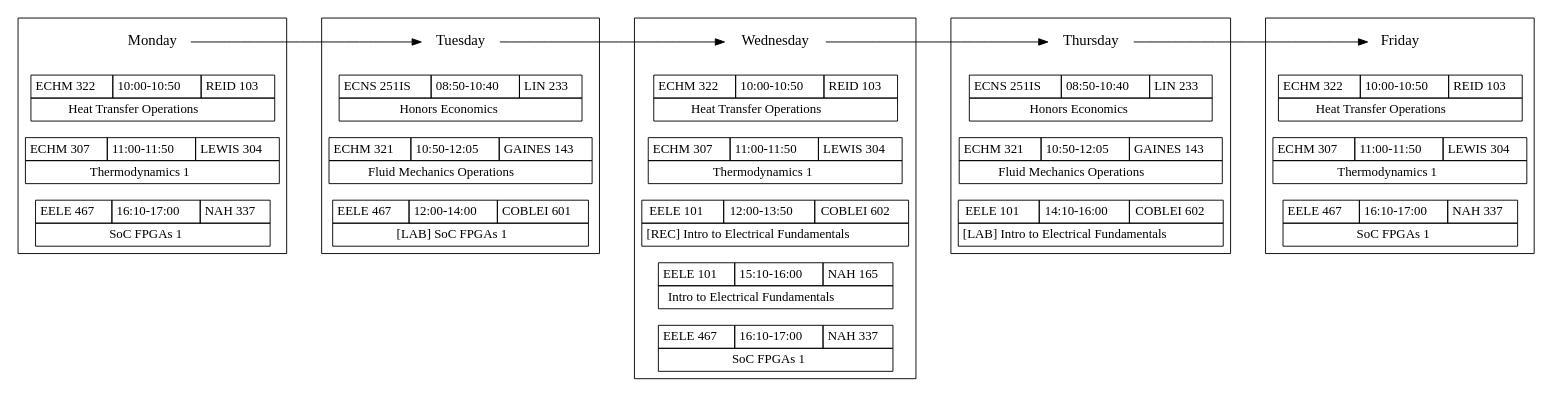
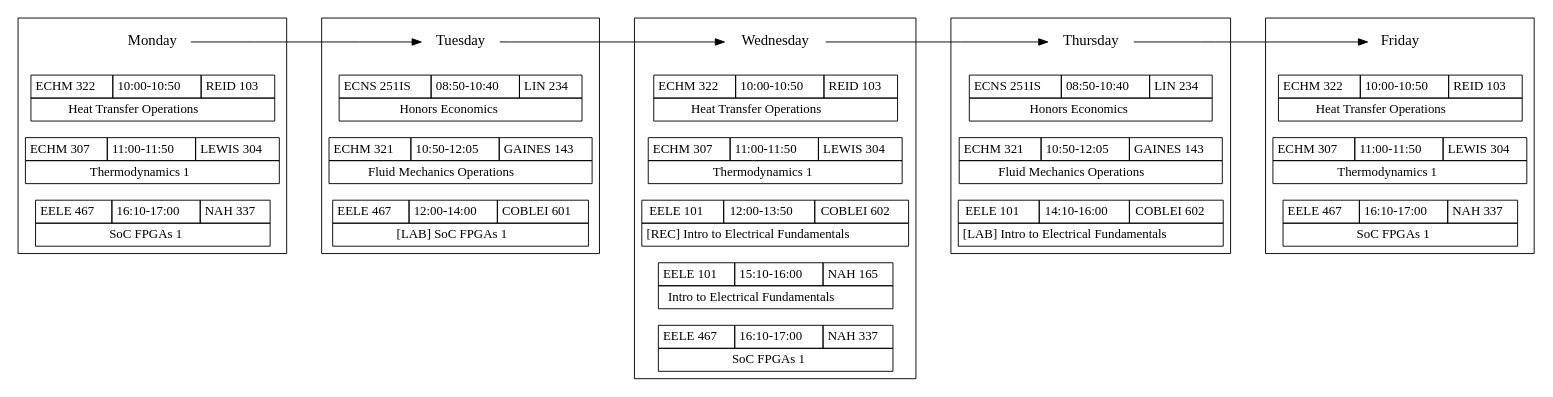
Before and after one commit to w-culhane/schedule-flowchart: the diagram in schedule_3-junior-sem-1-fall.gv, drawn with Graphviz.

Commit message:
Update economics location

```diff
--- a/schedule_3-junior-sem-1-fall.gv
+++ b/schedule_3-junior-sem-1-fall.gv
@@ -1,198 +1,198 @@
 digraph schedule {
     ranksep=.75; rankdir=LR; splines=false;
 
     {node [shape=plaintext,fontsize=16];
         "Monday" -> "Tuesday" -> "Wednesday" -> "Thursday"
         -> "Friday";
     }
 
     {node [shape=none, margin=0]
         subgraph clustermonday { rank = same; "Monday"; "ECHM322-m"; "ECHM307-m"; "EELE467-m"; }
     }
 
     "ECHM322-m" [label=<
     <TABLE BORDER="0" CELLBORDER="1" CELLSPACING="0" CELLPADDING="4">
     <TR>
     <TD>ECHM 322</TD>
     <TD>10:00-10:50</TD>
     <TD>REID 103</TD>
     </TR>
     <TR><TD COLSPAN="3">Heat Transfer Operations</TD></TR>
     </TABLE>>];
 
     "ECHM307-m" [label=<
     <TABLE BORDER="0" CELLBORDER="1" CELLSPACING="0" CELLPADDING="4">
     <TR>
     <TD>ECHM 307</TD>
     <TD>11:00-11:50</TD>
     <TD>LEWIS 304</TD>
     </TR>
     <TR><TD COLSPAN="3">Thermodynamics 1</TD></TR>
     </TABLE>>];
 
     "EELE467-m" [label=<
     <TABLE BORDER="0" CELLBORDER="1" CELLSPACING="0" CELLPADDING="4">
     <TR>
     <TD>EELE 467</TD>
     <TD>16:10-17:00</TD>
     <TD>NAH 337</TD>
     </TR>
     <TR><TD COLSPAN="3">SoC FPGAs 1</TD></TR>
     </TABLE>>];
 
     {node [shape=none, margin=0]
         subgraph clustertuesday { rank = same; "Tuesday"; "ECNS251IS-t"; "ECHM321-t"; "EELE467-t-lab"}
     }
 
     "ECNS251IS-t" [label=<
     <TABLE BORDER="0" CELLBORDER="1" CELLSPACING="0" CELLPADDING="4">
     <TR>
     <TD>ECNS 251IS</TD>
     <TD>08:50-10:40</TD>
-    <TD>LIN 233</TD>
+    <TD>LIN 234</TD>
     </TR>
     <TR><TD COLSPAN="3">Honors Economics</TD></TR>
     </TABLE>>];
 
     "ECHM321-t" [label=<
     <TABLE BORDER="0" CELLBORDER="1" CELLSPACING="0" CELLPADDING="4">
     <TR>
     <TD>ECHM 321</TD>
     <TD>10:50-12:05</TD>
     <TD>GAINES 143</TD>
     </TR>
     <TR><TD COLSPAN="3">Fluid Mechanics Operations</TD></TR>
     </TABLE>>];
 
     "EELE467-t-lab" [label=<
     <TABLE BORDER="0" CELLBORDER="1" CELLSPACING="0" CELLPADDING="4">
     <TR>
     <TD>EELE 467</TD>
     <TD>12:00-14:00</TD>
     <TD>COBLEI 601</TD>
     </TR>
     <TR><TD COLSPAN="3">[LAB] SoC FPGAs 1</TD></TR>
     </TABLE>>];
 
     {node [shape=none, margin=0]
         subgraph clusterwednesday { rank = same; "Wednesday"; "ECHM322-w"; "ECHM307-w"; "EELE101-w-rec"; "EELE101-w"; "EELE467-w"; }
     }
 
     "ECHM322-w" [label=<
     <TABLE BORDER="0" CELLBORDER="1" CELLSPACING="0" CELLPADDING="4">
     <TR>
     <TD>ECHM 322</TD>
     <TD>10:00-10:50</TD>
     <TD>REID 103</TD>
     </TR>
     <TR><TD COLSPAN="3">Heat Transfer Operations</TD></TR>
     </TABLE>>];
 
     "ECHM307-w" [label=<
     <TABLE BORDER="0" CELLBORDER="1" CELLSPACING="0" CELLPADDING="4">
     <TR>
     <TD>ECHM 307</TD>
     <TD>11:00-11:50</TD>
     <TD>LEWIS 304</TD>
     </TR>
     <TR><TD COLSPAN="3">Thermodynamics 1</TD></TR>
     </TABLE>>];
 
     "EELE101-w-rec" [label=<
     <TABLE BORDER="0" CELLBORDER="1" CELLSPACING="0" CELLPADDING="4">
     <TR>
     <TD>EELE 101</TD>
     <TD>12:00-13:50</TD>
     <TD>COBLEI 602</TD>
     </TR>
     <TR><TD COLSPAN="3">[REC] Intro to Electrical Fundamentals</TD></TR>
     </TABLE>>];
 
     "EELE101-w" [label=<
     <TABLE BORDER="0" CELLBORDER="1" CELLSPACING="0" CELLPADDING="4">
     <TR>
     <TD>EELE 101</TD>
     <TD>15:10-16:00</TD>
     <TD>NAH 165</TD>
     </TR>
     <TR><TD COLSPAN="3">Intro to Electrical Fundamentals</TD></TR>
     </TABLE>>];
 
     "EELE467-w" [label=<
     <TABLE BORDER="0" CELLBORDER="1" CELLSPACING="0" CELLPADDING="4">
     <TR>
     <TD>EELE 467</TD>
     <TD>16:10-17:00</TD>
     <TD>NAH 337</TD>
     </TR>
     <TR><TD COLSPAN="3">SoC FPGAs 1</TD></TR>
     </TABLE>>];
 
     {node [shape=none, margin=0]
         subgraph clusterthursday { rank = same; "Thursday"; "ECNS251IS-r"; "ECHM321-r"; "EELE101-r-lab"; }
     }
 
     "ECNS251IS-r" [label=<
     <TABLE BORDER="0" CELLBORDER="1" CELLSPACING="0" CELLPADDING="4">
     <TR>
     <TD>ECNS 251IS</TD>
     <TD>08:50-10:40</TD>
-    <TD>LIN 233</TD>
+    <TD>LIN 234</TD>
     </TR>
     <TR><TD COLSPAN="3">Honors Economics</TD></TR>
     </TABLE>>];
 
     "ECHM321-r" [label=<
     <TABLE BORDER="0" CELLBORDER="1" CELLSPACING="0" CELLPADDING="4">
     <TR>
     <TD>ECHM 321</TD>
     <TD>10:50-12:05</TD>
     <TD>GAINES 143</TD>
     </TR>
     <TR><TD COLSPAN="3">Fluid Mechanics Operations</TD></TR>
     </TABLE>>];
 
     "EELE101-r-lab" [label=<
     <TABLE BORDER="0" CELLBORDER="1" CELLSPACING="0" CELLPADDING="4">
     <TR>
     <TD>EELE 101</TD>
     <TD>14:10-16:00</TD>
     <TD>COBLEI 602</TD>
     </TR>
     <TR><TD COLSPAN="3">[LAB] Intro to Electrical Fundamentals</TD></TR>
     </TABLE>>];
 
     {node [shape=none, margin=0]
         subgraph clusterfriday { rank = same; "Friday"; "ECHM322-f"; "ECHM307-f"; "EELE467-f"; }
     }
 
     "ECHM322-f" [label=<
     <TABLE BORDER="0" CELLBORDER="1" CELLSPACING="0" CELLPADDING="4">
     <TR>
     <TD>ECHM 322</TD>
     <TD>10:00-10:50</TD>
     <TD>REID 103</TD>
     </TR>
     <TR><TD COLSPAN="3">Heat Transfer Operations</TD></TR>
     </TABLE>>];
 
     "ECHM307-f" [label=<
     <TABLE BORDER="0" CELLBORDER="1" CELLSPACING="0" CELLPADDING="4">
     <TR>
     <TD>ECHM 307</TD>
     <TD>11:00-11:50</TD>
     <TD>LEWIS 304</TD>
     </TR>
     <TR><TD COLSPAN="3">Thermodynamics 1</TD></TR>
     </TABLE>>];
 
     "EELE467-f" [label=<
     <TABLE BORDER="0" CELLBORDER="1" CELLSPACING="0" CELLPADDING="4">
     <TR>
     <TD>EELE 467</TD>
     <TD>16:10-17:00</TD>
     <TD>NAH 337</TD>
     </TR>
     <TR><TD COLSPAN="3">SoC FPGAs 1</TD></TR>
     </TABLE>>];
 }
```
